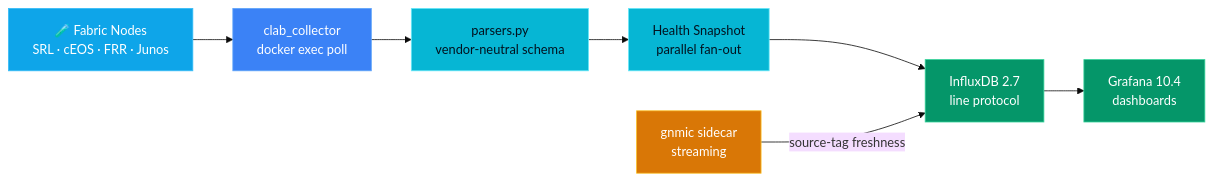
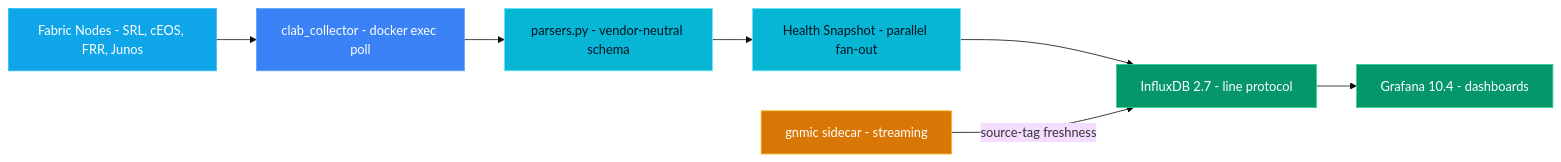
One commit to gesh75/multivendor-ai-network-lab changed the fourth of 6 diagrams in docs/ARCHITECTURE.md. Above: the diagram before and after it, drawn with Mermaid (base theme). The commit also changed other lines of this file and 1 other file, not shown here.

Commit message:
docs: harden mermaid diagrams for reliable GitHub rendering

````diff
--- a/docs/ARCHITECTURE.md
+++ b/docs/ARCHITECTURE.md
@@ -165,19 +165,19 @@
 ```mermaid
 flowchart LR
-    nodes["🧪 Fabric Nodes<br/>SRL · cEOS · FRR · Junos"]:::infra
-    coll["clab_collector<br/>docker exec poll"]:::svc
-    parse["parsers.py<br/>vendor-neutral schema"]:::core
-    snap["Health Snapshot<br/>parallel fan-out"]:::core
-    influx["InfluxDB 2.7<br/>line protocol"]:::data
-    graf["Grafana 10.4<br/>dashboards"]:::data
-    gnmic["gnmic sidecar<br/>streaming"]:::accent
+    nodes["Fabric Nodes - SRL, cEOS, FRR, Junos"]:::infra
+    coll["clab_collector - docker exec poll"]:::svc
+    parse["parsers.py - vendor-neutral schema"]:::core
+    snap["Health Snapshot - parallel fan-out"]:::core
+    influx["InfluxDB 2.7 - line protocol"]:::data
+    graf["Grafana 10.4 - dashboards"]:::data
+    gnmic["gnmic sidecar - streaming"]:::accent
 
     nodes --> coll --> parse --> snap --> influx --> graf
     gnmic -->|"source-tag freshness"| influx
 
     classDef infra fill:#0ea5e9,stroke:#38bdf8,color:#fff
     classDef svc fill:#3b82f6,stroke:#60a5fa,color:#fff
     classDef core fill:#06b6d4,stroke:#67e8f9,color:#03121f
     classDef data fill:#059669,stroke:#34d399,color:#fff
     classDef accent fill:#d97706,stroke:#fbbf24,color:#fff
 ```
````
